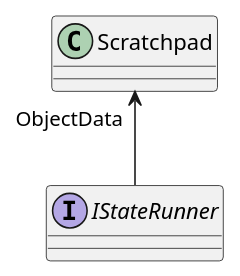
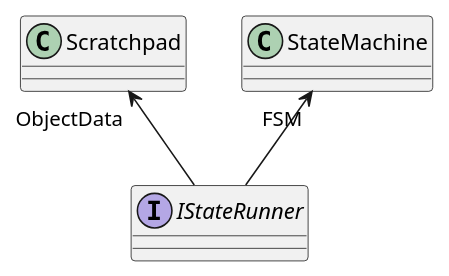
One commit to hiroshi-mcbride/kmgdev-game-arch2 changed the diagram in Assets/UML/Scripts/_COMMON/Interfaces/IStateRunner.puml. Above: the diagram before and after it, drawn with PlantUML. The commit also changed 30 other files, not shown here.

Commit message:
add IStateRunner fsm dependency. update uml

```diff
--- a/Assets/UML/Scripts/_COMMON/Interfaces/IStateRunner.puml
+++ b/Assets/UML/Scripts/_COMMON/Interfaces/IStateRunner.puml
@@ -1,5 +1,6 @@
 @startuml
 interface IStateRunner {
 }
+IStateRunner -up-> "FSM" StateMachine
 IStateRunner -up-> "ObjectData" Scratchpad
 @enduml
```
